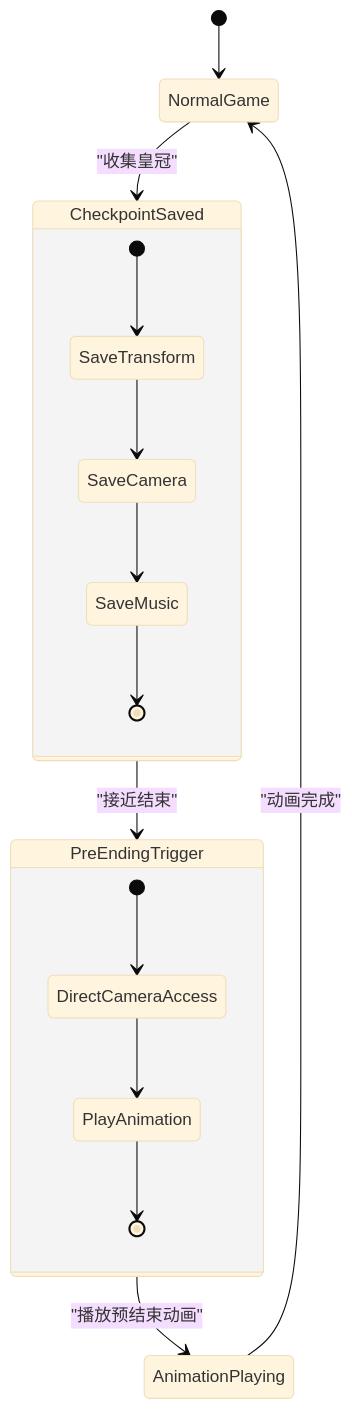
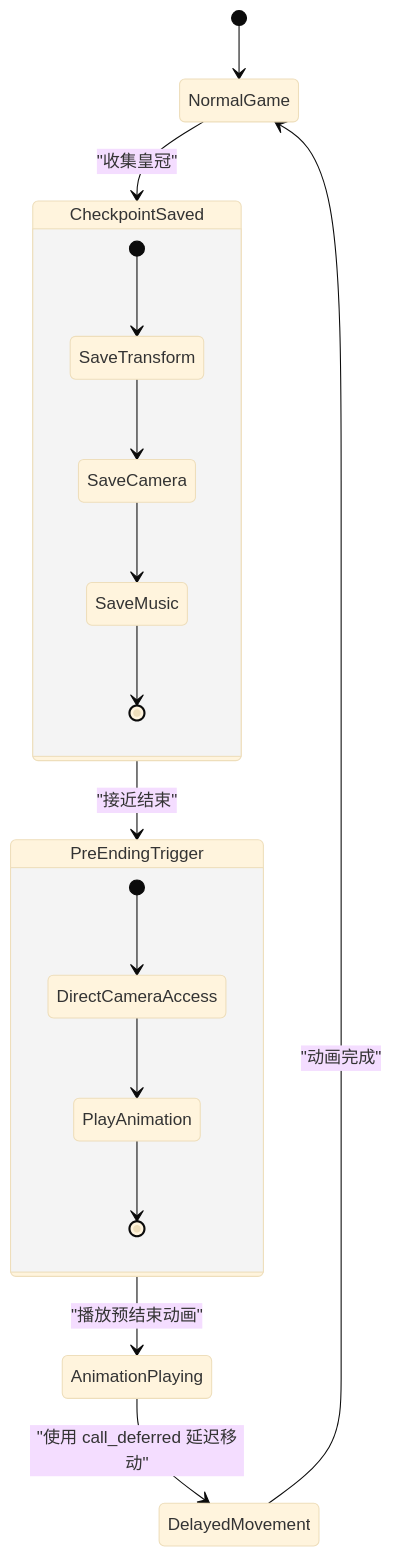
Before and after one commit to godotline/godot-line: the fifth of 6 diagrams in .qoder/repowiki/zh/content/游戏系统/触发器系统/预结束触发器.md, drawn with Mermaid (base theme). The commit also changed other lines of this file and 44 other files, not shown here.

````diff
--- a/.qoder/repowiki/zh/content/游戏系统/触发器系统/预结束触发器.md
+++ b/.qoder/repowiki/zh/content/游戏系统/触发器系统/预结束触发器.md
@@ -224,19 +238,20 @@
 ```mermaid
 stateDiagram-v2
 [*] --> NormalGame
 NormalGame --> CheckpointSaved : "收集皇冠"
 CheckpointSaved --> PreEndingTrigger : "接近结束"
 PreEndingTrigger --> AnimationPlaying : "播放预结束动画"
-AnimationPlaying --> NormalGame : "动画完成"
+AnimationPlaying --> DelayedMovement : "使用 call_deferred 延迟移动"
+DelayedMovement --> NormalGame : "动画完成"
 state CheckpointSaved {
 [*] --> SaveTransform
 SaveTransform --> SaveCamera
 SaveCamera --> SaveMusic
 SaveMusic --> [*]
 }
 state PreEndingTrigger {
 [*] --> DirectCameraAccess
 DirectCameraAccess --> PlayAnimation
 PlayAnimation --> [*]
 }
 ```
````
